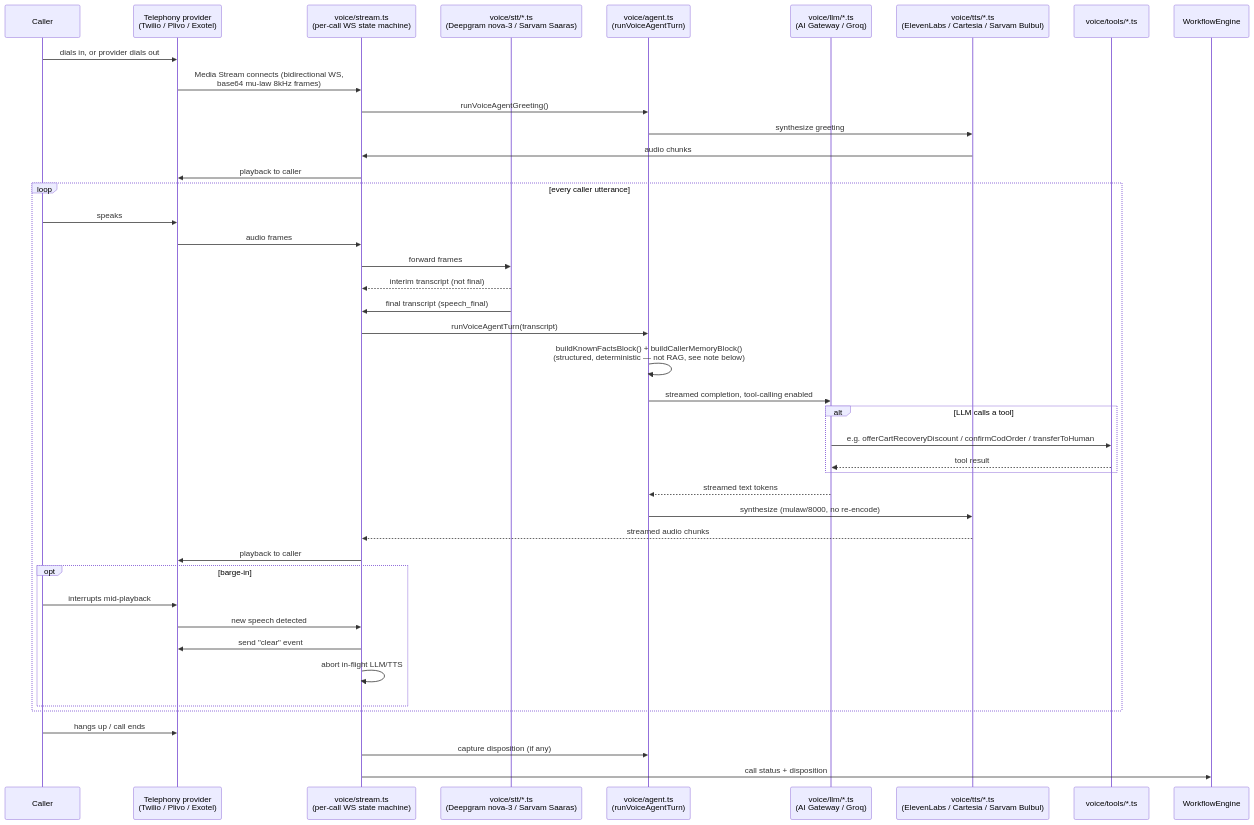
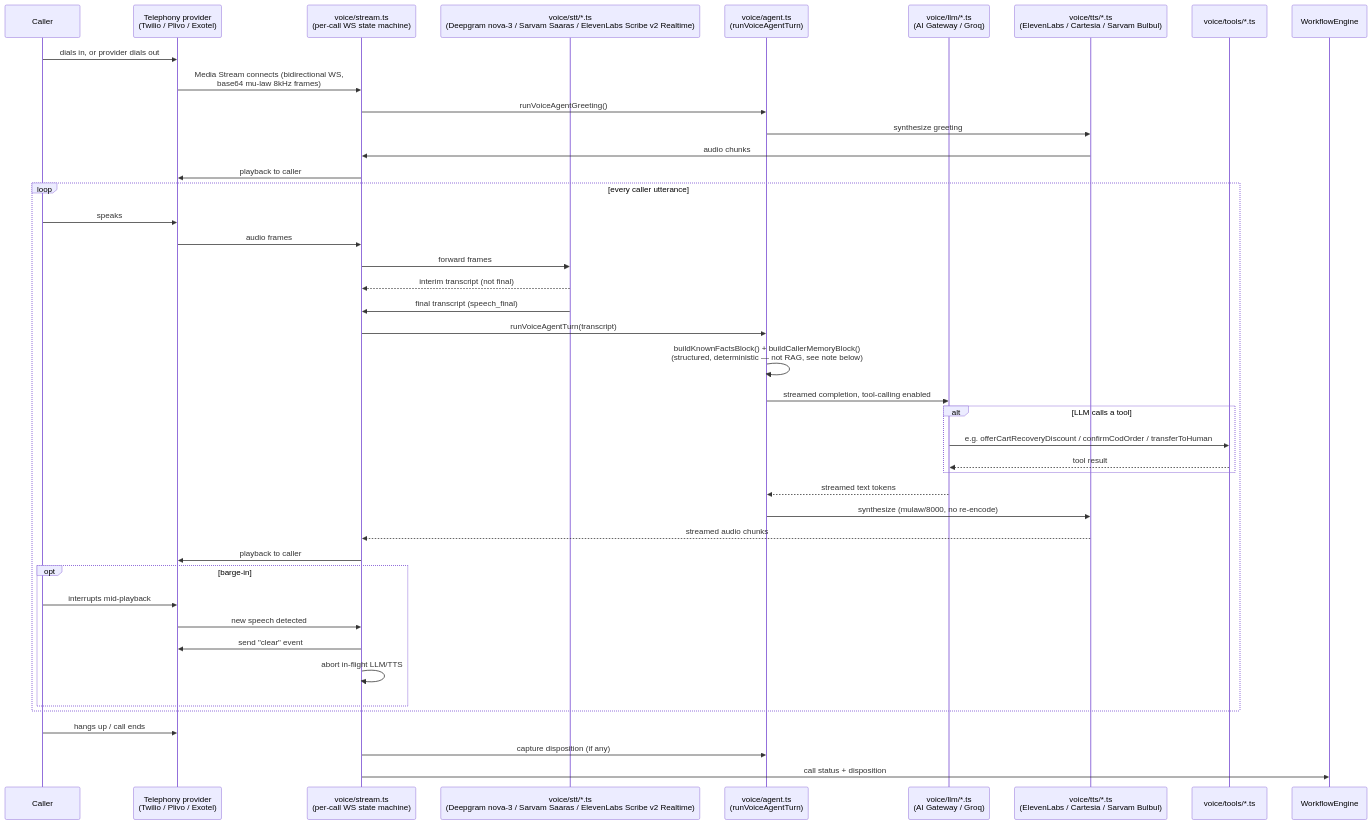
The first of 2 diagrams in architecture/voice-orchestration.md (Aurora-091/weeber), drawn with Mermaid before and after one commit. The commit also changed other lines of this file and 5 other files, not shown here.

````diff
--- a/architecture/voice-orchestration.md
+++ b/architecture/voice-orchestration.md
@@ -8,47 +8,47 @@
 ```mermaid
 sequenceDiagram
     participant Caller
     participant Tel as Telephony provider<br/>(Twilio / Plivo / Exotel)
     participant WS as voice/stream.ts<br/>(per-call WS state machine)
-    participant STT as voice/stt/*.ts<br/>(Deepgram nova-3 / Sarvam Saaras)
+    participant STT as voice/stt/*.ts<br/>(Deepgram nova-3 / Sarvam Saaras / ElevenLabs Scribe v2 Realtime)
     participant Agent as voice/agent.ts<br/>(runVoiceAgentTurn)
     participant LLM as voice/llm/*.ts<br/>(AI Gateway / Groq)
     participant TTS as voice/tts/*.ts<br/>(ElevenLabs / Cartesia / Sarvam Bulbul)
     participant Tools as voice/tools/*.ts
 
     Caller->>Tel: dials in, or provider dials out
     Tel->>WS: Media Stream connects (bidirectional WS,<br/>base64 mu-law 8kHz frames)
     WS->>Agent: runVoiceAgentGreeting()
     Agent->>TTS: synthesize greeting
     TTS->>WS: audio chunks
     WS->>Tel: playback to caller
 
     loop every caller utterance
         Caller->>Tel: speaks
         Tel->>WS: audio frames
         WS->>STT: forward frames
         STT-->>WS: interim transcript (not final)
         STT->>WS: final transcript (speech_final)
         WS->>Agent: runVoiceAgentTurn(transcript)
         Agent->>Agent: buildKnownFactsBlock() + buildCallerMemoryBlock()<br/>(structured, deterministic — not RAG, see note below)
         Agent->>LLM: streamed completion, tool-calling enabled
         alt LLM calls a tool
             LLM->>Tools: e.g. offerCartRecoveryDiscount / confirmCodOrder / transferToHuman
             Tools-->>LLM: tool result
         end
         LLM-->>Agent: streamed text tokens
         Agent->>TTS: synthesize (mulaw/8000, no re-encode)
         TTS-->>WS: streamed audio chunks
         WS->>Tel: playback to caller
         opt barge-in
             Caller->>Tel: interrupts mid-playback
             Tel->>WS: new speech detected
             WS->>Tel: send "clear" event
             WS->>WS: abort in-flight LLM/TTS
         end
     end
 
     Caller->>Tel: hangs up / call ends
     WS->>Agent: capture disposition (if any)
     WS->>WorkflowEngine: call status + disposition
 ```
````
